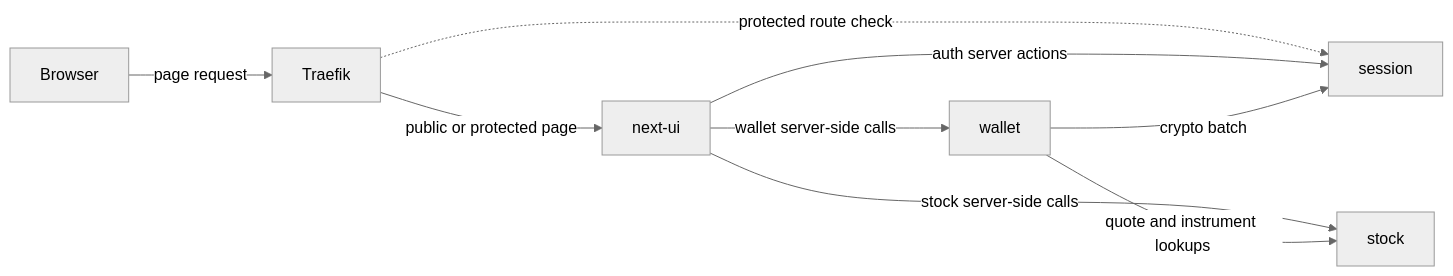
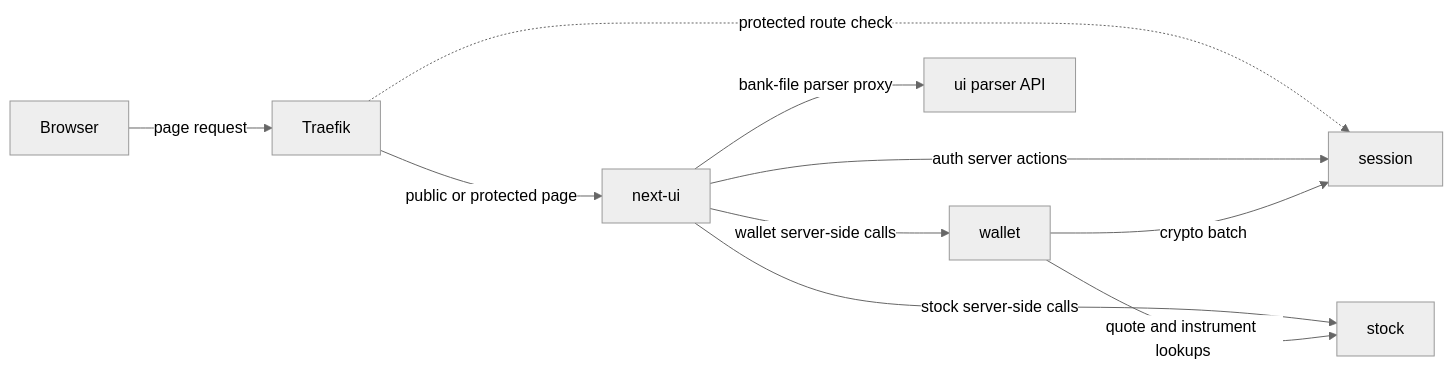
The first of 3 diagrams in docs/architecture/02-service-communication.md (Strzelba2/FinancialManager), drawn with Mermaid (neutral theme) before and after one commit. The commit also changed other lines of this file and 58 other files, not shown here.

````diff
--- a/docs/architecture/02-service-communication.md
+++ b/docs/architecture/02-service-communication.md
@@ -9,18 +11,20 @@
 ```mermaid
 flowchart LR
     Browser[Browser]
     Traefik[Traefik]
     Next[next-ui]
     Session[session]
     Wallet[wallet]
     Stock[stock]
+    Parser[ui parser API]
 
     Browser -->|page request| Traefik
     Traefik -->|public or protected page| Next
     Traefik -. protected route check .-> Session
     Next -->|auth server actions| Session
     Next -->|wallet server-side calls| Wallet
     Next -->|stock server-side calls| Stock
+    Next -->|bank-file parser proxy| Parser
     Wallet -->|crypto batch| Session
     Wallet -->|quote and instrument lookups| Stock
 ```
````
